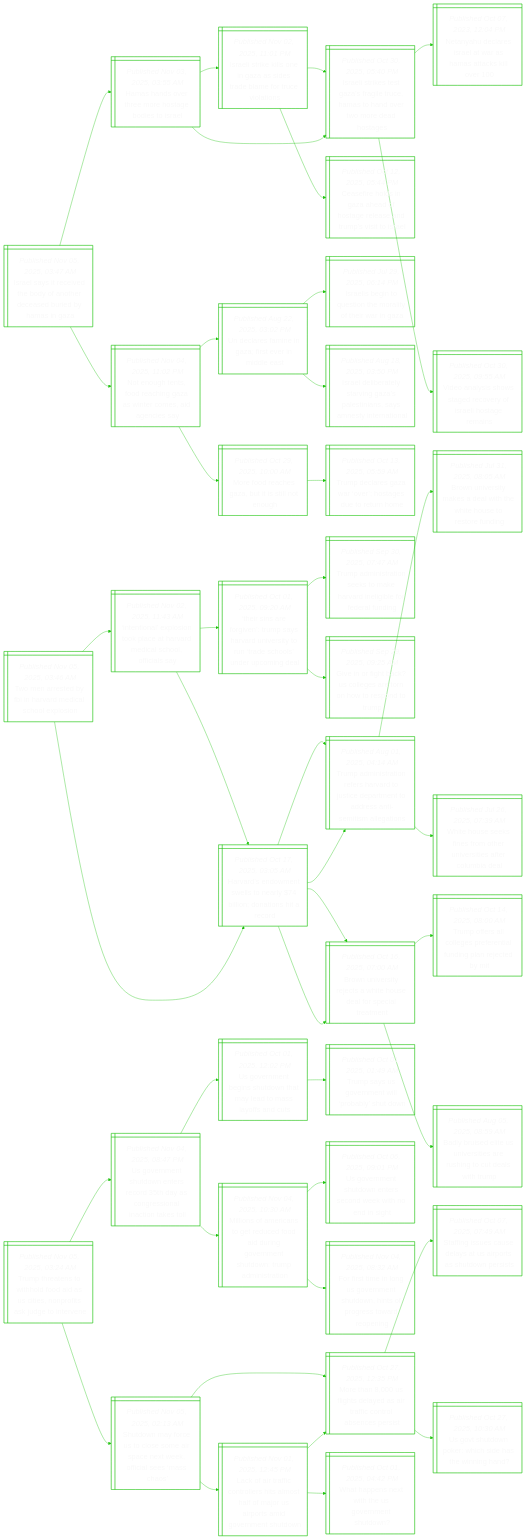
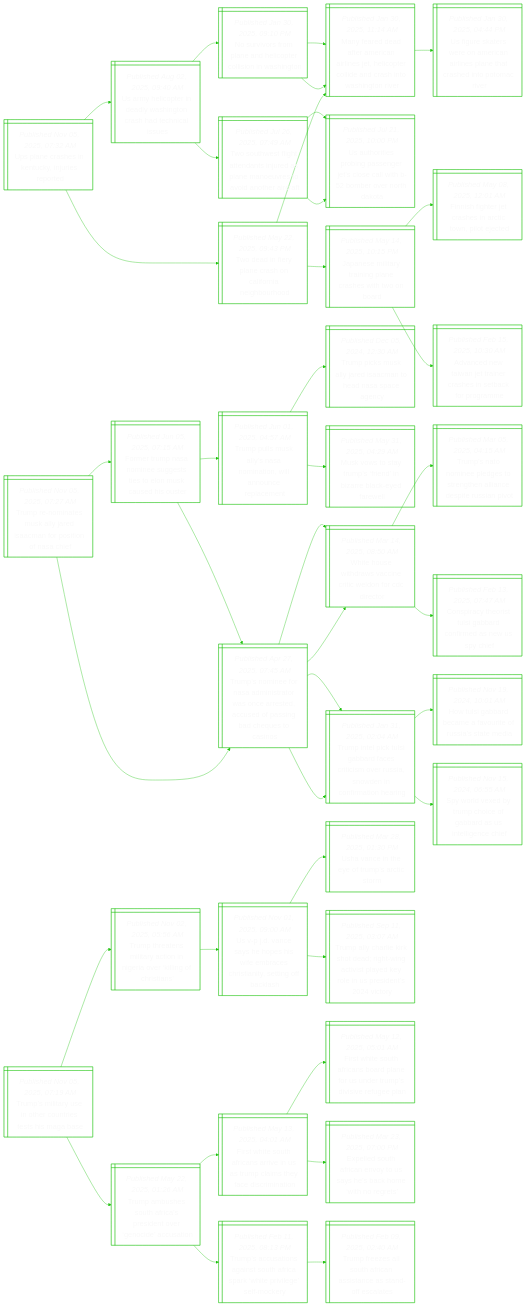
One commit to notJmes/notJmes changed the diagram in README.md. Above: the diagram before and after it, drawn with Mermaid. The commit also changed other lines of this file, not shown here.

````diff
--- a/README.md
+++ b/README.md
@@ -16,136 +16,127 @@
 flowchart LR
 classDef txtsize font-size:20px;
 
-Ilietdnraubaa@{ shape: win-pane, label: "_Published Nov 05, 2025, 03:47 AM_
-Israel says it received the body of another deceased buried by hamas in gaza" }
-Hhohosbsr@{ shape: win-pane, label: "_Published Nov 03, 2025, 03:55 AM_
-Hamas hands over three more hostage bodies to israel" }
-Ililezirlocln@{ shape: win-pane, label: "_Published Nov 02, 2025, 11:01 PM_
-Israeli strike kills one in gaza as sides trade blame for truce violations" }
-IliezatHtdtrda@{ shape: win-pane, label: "_Published Oct 30, 2025, 05:40 PM_
-Israeli strikes test gaza’s fragile truce, hamas to hand over two more dead hostages" }
-Cfonaoteervta@{ shape: win-pane, label: "_Published Oct 12, 2025, 05:44 PM_
-Ceasefire holds in gaza ahead of hostage release and trump’s visit to israel" }
-IliezatHtdtrda@{ shape: win-pane, label: "_Published Oct 30, 2025, 05:40 PM_
-Israeli strikes test gaza’s fragile truce, hamas to hand over two more dead hostages" }
-NyeeawHakl@{ shape: win-pane, label: "_Published Oct 07, 2023, 12:04 PM_
-Netanyahu declares israel at war as hamas attacks kill over 100" }
-Vasoaersiam@{ shape: win-pane, label: "_Published Oct 30, 2025, 09:55 AM_
-Video analysis shows staged recovery of israeli hostage remains" }
-Noeoagatmdca@{ shape: win-pane, label: "_Published Nov 04, 2025, 11:02 PM_
-Not enough tents, food reaching gaza as winter comes, aid agencies say" }
-Ulfezsrda@{ shape: win-pane, label: "_Published Aug 22, 2025, 03:02 PM_
-Un declares famine in gaza; first ever in middle east" }
-Ilgqielfrn@{ shape: win-pane, label: "_Published Jul 29, 2025, 06:14 PM_
-Israelis begin to question the morality of their war in gaza" }
-Ilbeagssayenaa@{ shape: win-pane, label: "_Published Aug 18, 2025, 03:50 PM_
-Israel deliberately starving gaza’s palestinians, says amnesty international" }
-MoaGusln@{ shape: win-pane, label: "_Published Oct 29, 2025, 10:00 AM_
-More food reaches gaza, but it is still not enough" }
-Tdrzooetum@{ shape: win-pane, label: "_Published Oct 13, 2025, 05:59 AM_
-Trump declares gaza war ‘over’; hostages due to return home" }
+Uaaitiipd@{ shape: win-pane, label: "_Published Nov 05, 2025, 07:32 AM_
+Ups plane crashes in kentucky, injuries reported" }
+Uycraagrahle@{ shape: win-pane, label: "_Published Aug 02, 2025, 09:40 AM_
+Us army helicopter in deadly washington crash had technical issues" }
+Nvspaltloag@{ shape: win-pane, label: "_Published Jan 30, 2025, 09:10 PM_
+No survivors from plane and helicopter collision in washington" }
+Medfmaljltlaathoe@{ shape: win-pane, label: "_Published Jan 30, 2025, 11:14 AM_
+Many feared dead after american airlines jet, helicopter collide and crash into washington river" }
+Medfmaljltlaathoe@{ shape: win-pane, label: "_Published Jan 30, 2025, 11:14 AM_
+Many feared dead after american airlines jet, helicopter collide and crash into washington river" }
+Tusgtnjanoevnrr@{ shape: win-pane, label: "_Published Jul 26, 2025, 07:49 AM_
+Two southwest flight attendants injured as plane manoeuvres to avoid another aircraft" }
+Uhiopneolhbeto@{ shape: win-pane, label: "_Published Jul 21, 2025, 10:00 PM_
+Us authorities probing passenger jet’s close call with b-52 bomber over north dakota" }
+Uhiopneolhbeto@{ shape: win-pane, label: "_Published Jul 21, 2025, 10:00 PM_
+Us authorities probing passenger jet’s close call with b-52 bomber over north dakota" }
+Tailrnfahh@{ shape: win-pane, label: "_Published May 22, 2025, 09:43 PM_
+Two dead in fiery plane crash on california neighbourhood" }
+Medfmaljltlaathoe@{ shape: win-pane, label: "_Published Jan 30, 2025, 11:14 AM_
+Many feared dead after american airlines jet, helicopter collide and crash into washington river" }
+Uuawniienthtoi@{ shape: win-pane, label: "_Published Jan 30, 2025, 04:44 PM_
+Us figure skaters were on american airlines plane that crashed into potomac river" }
+Jelynlrstb@{ shape: win-pane, label: "_Published May 14, 2025, 10:15 PM_
+Japanese military training plane crashes with two on board" }
+Fshesnintt@{ shape: win-pane, label: "_Published May 08, 2025, 12:01 AM_
+Finnish fighter jet crashes in arctic town, pilot ejected" }
+Acwatesnarr@{ shape: win-pane, label: "_Published Feb 15, 2025, 10:30 AM_
+Advanced new taiwan jet trainer crashes in setback for programme" }
 
-Ilietdnraubaa:::txtsize --> Hhohosbsr:::txtsize
-Hhohosbsr:::txtsize --> Ililezirlocln:::txtsize
-Ililezirlocln:::txtsize --> IliezatHtdtrda:::txtsize
-Ililezirlocln:::txtsize --> Cfonaoteervta:::txtsize
-Hhohosbsr:::txtsize --> IliezatHtdtrda:::txtsize
-IliezatHtdtrda:::txtsize --> NyeeawHakl:::txtsize
-IliezatHtdtrda:::txtsize --> Vasoaersiam:::txtsize
-Ilietdnraubaa:::txtsize --> Noeoagatmdca:::txtsize
-Noeoagatmdca:::txtsize --> Ulfezsrda:::txtsize
-Ulfezsrda:::txtsize --> Ilgqielfrn:::txtsize
-Ulfezsrda:::txtsize --> Ilbeagssayenaa:::txtsize
-Noeoagatmdca:::txtsize --> MoaGusln:::txtsize
-MoaGusln:::txtsize --> Tdrzooetum:::txtsize
+Uaaitiipd:::txtsize --> Uycraagrahle:::txtsize
+Uycraagrahle:::txtsize --> Nvspaltloag:::txtsize
+Nvspaltloag:::txtsize --> Medfmaljltlaathoe:::txtsize
+Nvspaltloag:::txtsize --> Medfmaljltlaathoe:::txtsize
+Uycraagrahle:::txtsize --> Tusgtnjanoevnrr:::txtsize
+Tusgtnjanoevnrr:::txtsize --> Uhiopneolhbeto:::txtsize
+Tusgtnjanoevnrr:::txtsize --> Uhiopneolhbeto:::txtsize
+Uaaitiipd:::txtsize --> Tailrnfahh:::txtsize
+Tailrnfahh:::txtsize --> Medfmaljltlaathoe:::txtsize
+Medfmaljltlaathoe:::txtsize --> Uuawniienthtoi:::txtsize
+Tailrnfahh:::txtsize --> Jelynlrstb:::txtsize
+Jelynlrstb:::txtsize --> Fshesnintt:::txtsize
+Jelynlrstb:::txtsize --> Acwatesnarr:::txtsize
 
-TnsynadSlo@{ shape: win-pane, label: "_Published Nov 05, 2025, 03:46 AM_
-Two men arrested by fbi in harvard medical school explosion" }
-ItlotltadSlcs@{ shape: win-pane, label: "_Published Nov 02, 2025, 11:43 AM_
-‘intentional’ explosion took place at harvard medical school, officials say" }
-TsrgTsadeyneodcg@{ shape: win-pane, label: "_Published Oct 01, 2025, 09:20 AM_
-‘their sins are forgiven’: trump says harvard university to run ‘trade schools’ under upcoming deal" }
-TaiteoHrllfad@{ shape: win-pane, label: "_Published Sep 30, 2025, 07:47 AM_
-Trump administration seeks to make harvard ineligible for federal funding" }
-GngcoetnooT@{ shape: win-pane, label: "_Published Sep 29, 2025, 09:25 AM_
-Give in or fight back? us colleges are torn on how to respond to trump" }
-Hrdnlnyinnar@{ shape: win-pane, label: "_Published Oct 17, 2025, 03:05 AM_
-Harvard’s endowment swells to nearly $74 billion; donations hit a record" }
-TaiteHruertdaeseo@{ shape: win-pane, label: "_Published Aug 01, 2025, 04:14 AM_
-Trump administration refers harvard to justice department to address anti-semitism allegations" }
-BUrrtiuasaat@{ shape: win-pane, label: "_Published Oct 16, 2025, 07:00 AM_
-Brown university rejects a white house deal for special treatment" }
-Hrdnlnyinnar@{ shape: win-pane, label: "_Published Oct 17, 2025, 03:05 AM_
-Harvard’s endowment swells to nearly $74 billion; donations hit a record" }
-TaiteHruertdaeseo@{ shape: win-pane, label: "_Published Aug 01, 2025, 04:14 AM_
-Trump administration refers harvard to justice department to address anti-semitism allegations" }
-BUrmawhtseei@{ shape: win-pane, label: "_Published Jul 31, 2025, 08:05 AM_
-Brown university makes a deal with the white house to restore funding" }
-WHsfftnssrme@{ shape: win-pane, label: "_Published Jul 26, 2025, 07:39 AM_
-White house seeks fines from other universities after columbia deal" }
-BUrrtiuasaat@{ shape: win-pane, label: "_Published Oct 16, 2025, 07:00 AM_
-Brown university rejects a white house deal for special treatment" }
-TosoeftugrtM@{ shape: win-pane, label: "_Published Oct 14, 2025, 08:00 AM_
-Trump offers all colleges preferential funding plan rejected by mit" }
-BbetnssugtsT@{ shape: win-pane, label: "_Published Aug 05, 2025, 08:59 AM_
-Badly bruised elite us universities are rushing to cut deals with trump" }
+TrisaasapiNh@{ shape: win-pane, label: "_Published Nov 05, 2025, 07:27 AM_
+Trump re-nominates musk ally jared isaacman for position of nasa chief" }
+FrpnegtoMahs@{ shape: win-pane, label: "_Published Jun 05, 2025, 07:15 AM_
+Former trump nasa nominee suggests ties to elon musk caused his ouster" }
+TpMlamilorct@{ shape: win-pane, label: "_Published Jun 01, 2025, 04:57 AM_
+Trump pulls musk ally’s nasa nomination, will announce replacement" }
+TpMlranaaec@{ shape: win-pane, label: "_Published Dec 05, 2024, 12:30 AM_
+Trump picks musk ally jared isaacman to head nasa space agency" }
+Mosrfdzbeal@{ shape: win-pane, label: "_Published May 31, 2025, 04:29 AM_
+Musk vows to stay trump’s ‘friend’ in bizarre black-eyed farewell" }
+Tsnraitsatcosaqon@{ shape: win-pane, label: "_Published Apr 27, 2025, 07:45 AM_
+Trump’s nominee for nasa administrator was once arrested, accused of passing bad cheques to casinos" }
+WHwraeidrio@{ shape: win-pane, label: "_Published Mar 14, 2025, 08:50 AM_
+White house withdraws vaccine critic weldon for cdc director" }
+TipuadsiouSeomni@{ shape: win-pane, label: "_Published Jan 31, 2025, 02:04 AM_
+Trump intel pick tulsi gabbard faces criticism over russia, snowden in confirmation hearing" }
+Tsnraitsatcosaqon@{ shape: win-pane, label: "_Published Apr 27, 2025, 07:45 AM_
+Trump’s nominee for nasa administrator was once arrested, accused of passing bad cheques to casinos" }
+WHwraeidrio@{ shape: win-pane, label: "_Published Mar 14, 2025, 08:50 AM_
+White house withdraws vaccine critic weldon for cdc director" }
+Tsnedonnaeeiv@{ shape: win-pane, label: "_Published Mar 05, 2025, 04:15 AM_
+Trump’s nato nominee pledges to strengthen alliance despite russian pivot" }
+CitilbcrsSh@{ shape: win-pane, label: "_Published Feb 13, 2025, 07:47 AM_
+Conspiracy theorist tulsi gabbard confirmed as new us spy chief" }
+TipuadsiouSeomni@{ shape: win-pane, label: "_Published Jan 31, 2025, 02:04 AM_
+Trump intel pick tulsi gabbard faces criticism over russia, snowden in confirmation hearing" }
+Hlbbeoessm@{ shape: win-pane, label: "_Published Nov 19, 2024, 10:01 AM_
+How tulsi gabbard became a favourite of russia’s state media" }
+SrxTcebanief@{ shape: win-pane, label: "_Published Nov 15, 2024, 06:55 AM_
+Spy world vexed by trump choice of gabbard as us intelligence chief" }
 
-TnsynadSlo:::txtsize --> ItlotltadSlcs:::txtsize
-ItlotltadSlcs:::txtsize --> TsrgTsadeyneodcg:::txtsize
-TsrgTsadeyneodcg:::txtsize --> TaiteoHrllfad:::txtsize
-TsrgTsadeyneodcg:::txtsize --> GngcoetnooT:::txtsize
-ItlotltadSlcs:::txtsize --> Hrdnlnyinnar:::txtsize
-Hrdnlnyinnar:::txtsize --> TaiteHruertdaeseo:::txtsize
-Hrdnlnyinnar:::txtsize --> BUrrtiuasaat:::txtsize
-TnsynadSlo:::txtsize --> Hrdnlnyinnar:::txtsize
-Hrdnlnyinnar:::txtsize --> TaiteHruertdaeseo:::txtsize
-TaiteHruertdaeseo:::txtsize --> BUrmawhtseei:::txtsize
-TaiteHruertdaeseo:::txtsize --> WHsfftnssrme:::txtsize
-Hrdnlnyinnar:::txtsize --> BUrrtiuasaat:::txtsize
-BUrrtiuasaat:::txtsize --> TosoeftugrtM:::txtsize
-BUrrtiuasaat:::txtsize --> BbetnssugtsT:::txtsize
+TrisaasapiNh:::txtsize --> FrpnegtoMahs:::txtsize
+FrpnegtoMahs:::txtsize --> TpMlamilorct:::txtsize
+TpMlamilorct:::txtsize --> TpMlranaaec:::txtsize
+TpMlamilorct:::txtsize --> Mosrfdzbeal:::txtsize
+FrpnegtoMahs:::txtsize --> Tsnraitsatcosaqon:::txtsize
+Tsnraitsatcosaqon:::txtsize --> WHwraeidrio:::txtsize
+Tsnraitsatcosaqon:::txtsize --> TipuadsiouSeomni:::txtsize
+TrisaasapiNh:::txtsize --> Tsnraitsatcosaqon:::txtsize
+Tsnraitsatcosaqon:::txtsize --> WHwraeidrio:::txtsize
+WHwraeidrio:::txtsize --> Tsnedonnaeeiv:::txtsize
+WHwraeidrio:::txtsize --> CitilbcrsSh:::txtsize
+Tsnraitsatcosaqon:::txtsize --> TipuadsiouSeomni:::txtsize
+TipuadsiouSeomni:::txtsize --> Hlbbeoessm:::txtsize
+TipuadsiouSeomni:::txtsize --> SrxTcebanief:::txtsize
 
-Tttohodcsrsuor@{ shape: win-pane, label: "_Published Nov 05, 2025, 03:24 AM_
-Trump threatens to withhold food aid as us cities, nonprofits ask judge to intervene" }
-Uentesraosactt@{ shape: win-pane, label: "_Published Nov 04, 2025, 08:47 PM_
-Us government shutdown enters record 35th day as congressional inaction takes toll" }
-Ueniunmaayat@{ shape: win-pane, label: "_Published Oct 01, 2025, 12:02 PM_
-Us government begins shutdown that may lead to mass layoffs and cuts" }
-TsSrtpbun@{ shape: win-pane, label: "_Published Oct 01, 2025, 01:49 AM_
-Trump says us government will ‘probably’ shut down" }
-MoAcoedaromhwmirn@{ shape: win-pane, label: "_Published Nov 04, 2025, 10:30 AM_
-Millions of americans to get reduced food aid during government shutdown: trump administration" }
-Uentesnknih@{ shape: win-pane, label: "_Published Oct 06, 2025, 09:01 PM_
-Us government shutdown enters second week with no end in sight" }
-Frmognsonpewei@{ shape: win-pane, label: "_Published Nov 04, 2025, 08:32 AM_
-For first time in long us government shutdown, hints of progress toward reopening" }
-Soyecsictoiess@{ shape: win-pane, label: "_Published Nov 05, 2025, 02:13 AM_
-Shutdown may force us to close some air space next week, official sees ‘mass chaos’" }
-Mhftasrcrssi@{ shape: win-pane, label: "_Published Oct 27, 2025, 12:35 PM_
-More than 8,000 us flights delayed as air traffic control absences persist" }
-Sisaeaithws@{ shape: win-pane, label: "_Published Oct 07, 2025, 07:49 AM_
-Staffing issues cause delays at us airports as shutdown persists" }
-Utdohisig@{ shape: win-pane, label: "_Published Oct 27, 2025, 10:30 AM_
-Us govt shutdown poker: which side has the winning hand?" }
-Lfrcrrssfjarient@{ shape: win-pane, label: "_Published Nov 01, 2025, 12:45 PM_
-Lack of air traffic controllers hits almost half of major us airports amid government shutdown" }
-Mhftasrcrssi@{ shape: win-pane, label: "_Published Oct 27, 2025, 12:35 PM_
-More than 8,000 us flights delayed as air traffic control absences persist" }
-Waswhomhw@{ shape: win-pane, label: "_Published Oct 01, 2025, 04:42 PM_
-What happens next with the us government shutdown?" }
+Tststoissb@{ shape: win-pane, label: "_Published Nov 05, 2025, 07:19 AM_
+Trump’s military use in other countries tests his maga base" }
+TttiriNiriCt@{ shape: win-pane, label: "_Published Nov 02, 2025, 05:56 AM_
+Trump threatens military action in nigeria over ‘killing of christians’" }
+UDehewmeinegas@{ shape: win-pane, label: "_Published Nov 01, 2025, 09:00 AM_
+Us v-p j.d. vance says he hopes his wife embraces christianity, setting off backlash" }
+UanyrAcm@{ shape: win-pane, label: "_Published Mar 28, 2025, 01:30 PM_
+Usha vance in the eye of trump’s arctic storm" }
+TahesegnipdoUstt@{ shape: win-pane, label: "_Published Sep 11, 2025, 03:07 AM_
+Trump ally charlie kirk shot dead; right-wing activist played key role in us president’s 2024 victory" }
+Tahurpdvnesn@{ shape: win-pane, label: "_Published May 22, 2025, 01:26 AM_
+Trump ambushes south africa’s president over ‘genocide’ accusation" }
+FwSAarnTcsfimi@{ shape: win-pane, label: "_Published May 13, 2025, 04:01 AM_
+First white south africans arrive in us as trump claims they face discrimination" }
+FwSAaaarduivul@{ shape: win-pane, label: "_Published May 12, 2025, 05:01 AM_
+First white south africans board plane for us under trump’s divisive refugee plan" }
+Eluretashirt@{ shape: win-pane, label: "_Published Mar 23, 2025, 07:00 PM_
+Expelled south african envoy to us says he’s back home ‘with no regrets’" }
+Tssniofswplec@{ shape: win-pane, label: "_Published Feb 11, 2025, 08:13 PM_
+Trump’s accusations against south africa spark ‘white privilege’ self-mockery" }
+TfeSAaictfas@{ shape: win-pane, label: "_Published Feb 09, 2025, 02:40 AM_
+Trump freezes all south african assistance as stand-off escalates" }
 
-Tttohodcsrsuor:::txtsize --> Uentesraosactt:::txtsize
-Uentesraosactt:::txtsize --> Ueniunmaayat:::txtsize
-Ueniunmaayat:::txtsize --> TsSrtpbun:::txtsize
-Uentesraosactt:::txtsize --> MoAcoedaromhwmirn:::txtsize
-MoAcoedaromhwmirn:::txtsize --> Uentesnknih:::txtsize
-MoAcoedaromhwmirn:::txtsize --> Frmognsonpewei:::txtsize
-Tttohodcsrsuor:::txtsize --> Soyecsictoiess:::txtsize
-Soyecsictoiess:::txtsize --> Mhftasrcrssi:::txtsize
-Mhftasrcrssi:::txtsize --> Sisaeaithws:::txtsize
-Mhftasrcrssi:::txtsize --> Utdohisig:::txtsize
-Soyecsictoiess:::txtsize --> Lfrcrrssfjarient:::txtsize
-Lfrcrrssfjarient:::txtsize --> Mhftasrcrssi:::txtsize
-Lfrcrrssfjarient:::txtsize --> Waswhomhw:::txtsize
+Tststoissb:::txtsize --> TttiriNiriCt:::txtsize
+TttiriNiriCt:::txtsize --> UDehewmeinegas:::txtsize
+UDehewmeinegas:::txtsize --> UanyrAcm:::txtsize
+UDehewmeinegas:::txtsize --> TahesegnipdoUstt:::txtsize
+Tststoissb:::txtsize --> Tahurpdvnesn:::txtsize
+Tahurpdvnesn:::txtsize --> FwSAarnTcsfimi:::txtsize
+FwSAarnTcsfimi:::txtsize --> FwSAaaarduivul:::txtsize
+FwSAarnTcsfimi:::txtsize --> Eluretashirt:::txtsize
+Tahurpdvnesn:::txtsize --> Tssniofswplec:::txtsize
+Tssniofswplec:::txtsize --> TfeSAaictfas:::txtsize
 
 ```
````
